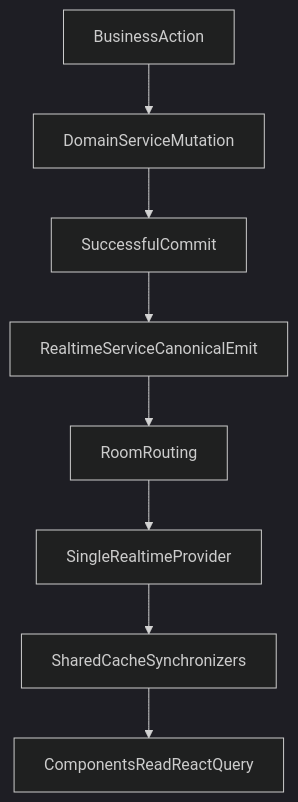
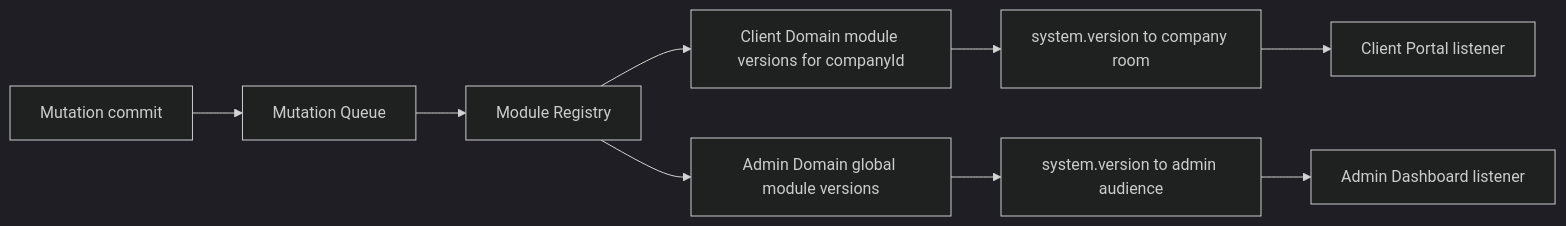
One commit to NadimHassan09/emdad-sy-3pl-wms changed the diagram in REALTIME_ARCHITECTURE.md. Above: the diagram before and after it, drawn with Mermaid (dark theme). The commit also changed other lines of this file and 178 other files, not shown here.

````diff
--- a/REALTIME_ARCHITECTURE.md
+++ b/REALTIME_ARCHITECTURE.md
@@ -77,10 +146,11 @@
 ```mermaid
-flowchart TD
-  Action[BusinessAction] --> Mutate[DomainServiceMutation]
-  Mutate --> Commit[SuccessfulCommit]
-  Commit --> Emit[RealtimeServiceCanonicalEmit]
-  Emit --> Route[RoomRouting]
-  Route --> Listen[SingleRealtimeProvider]
-  Listen --> Cache[SharedCacheSynchronizers]
-  Cache --> UI[ComponentsReadReactQuery]
+flowchart LR
+  Mut[Mutation commit] --> Q[Mutation Queue]
+  Q --> Reg[Module Registry]
+  Reg --> ClientBump[Client Domain module versions for companyId]
+  Reg --> AdminBump[Admin Domain global module versions]
+  ClientBump --> ClientEmit["system.version to company room"]
+  AdminBump --> AdminEmit["system.version to admin audience"]
+  ClientEmit --> ClientApp[Client Portal listener]
+  AdminEmit --> AdminApp[Admin Dashboard listener]
 ```
````
